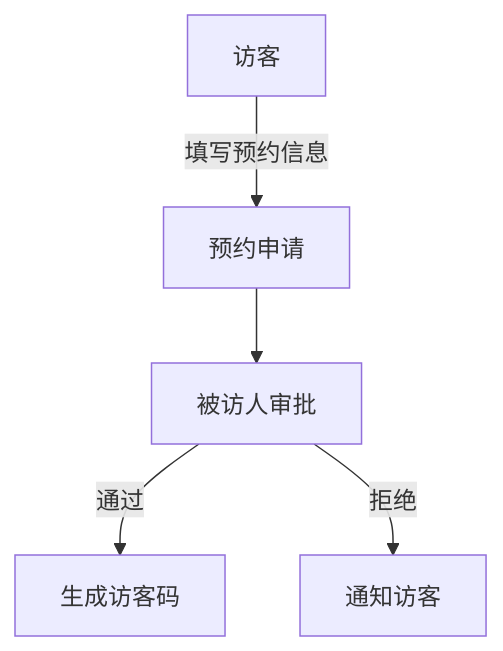
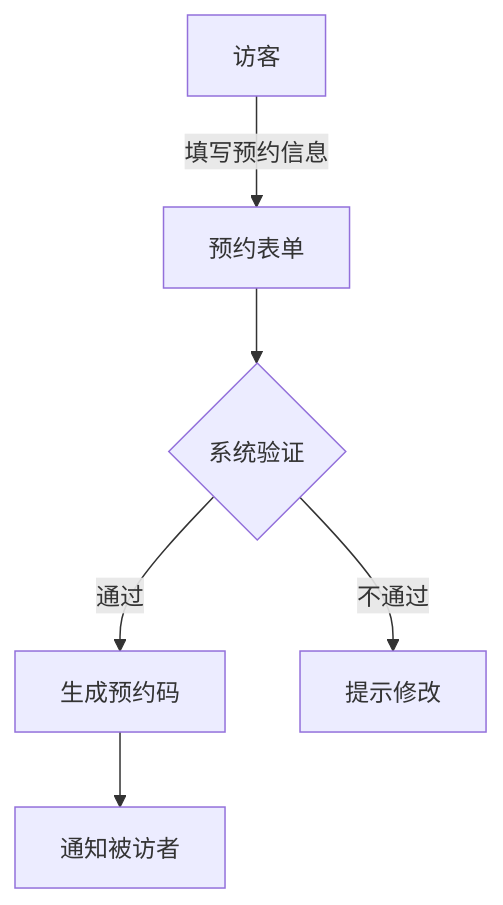
The diagram in doc/requirement1.md (zhishi324/n8ndeploy), drawn with Mermaid before and after one commit. The commit also changed other lines of this file, not shown here.

````diff
--- a/doc/requirement1.md
+++ b/doc/requirement1.md
@@ -24,7 +24,8 @@
 ```mermaid
 graph TD
-    A[访客] -->|填写预约信息| B[预约申请]
-    B --> C[被访人审批]
-    C -->|通过| D[生成访客码]
-    C -->|拒绝| E[通知访客]
+    A[访客] -->|填写预约信息| B[预约表单]
+    B --> C{系统验证}
+    C -->|通过| D[生成预约码]
+    C -->|不通过| E[提示修改]
+    D --> F[通知被访者]
 ```
````
